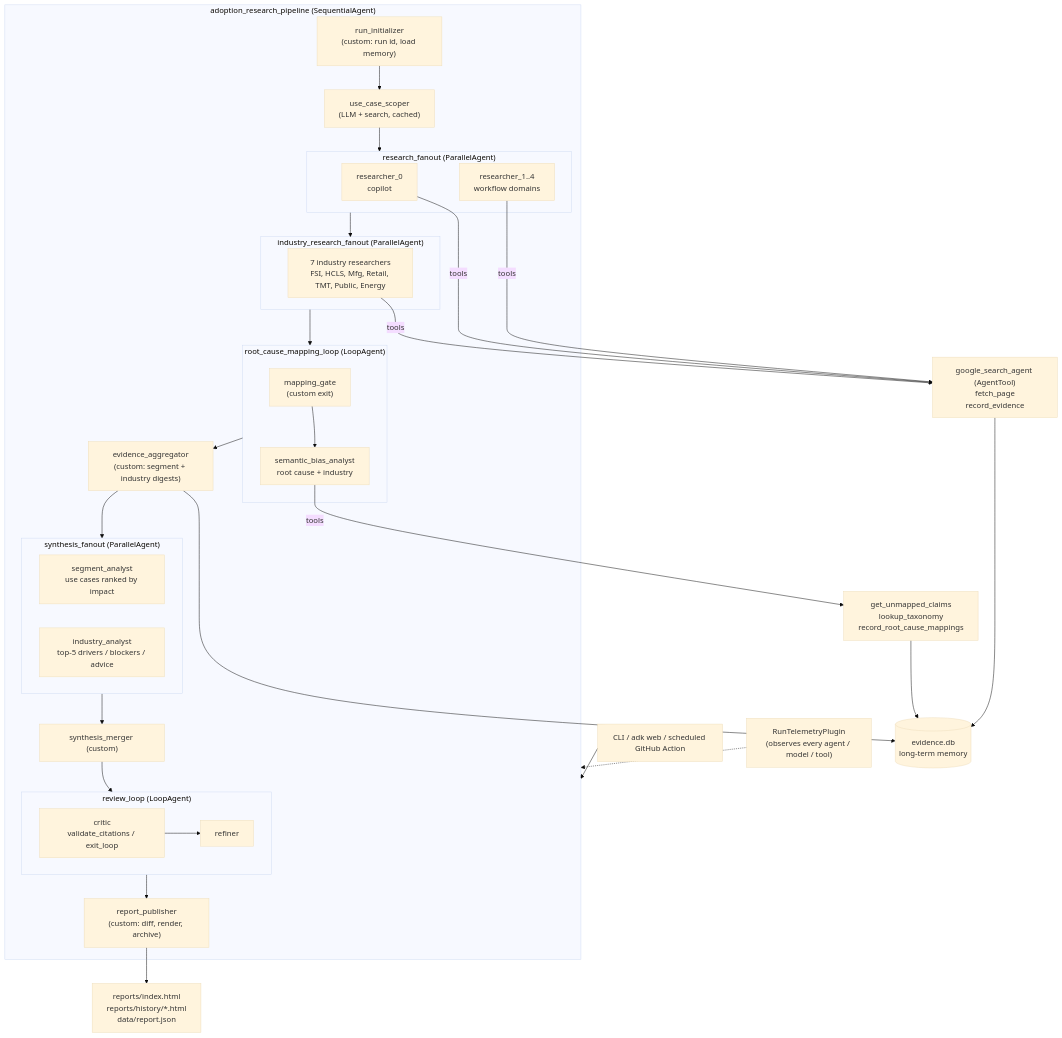
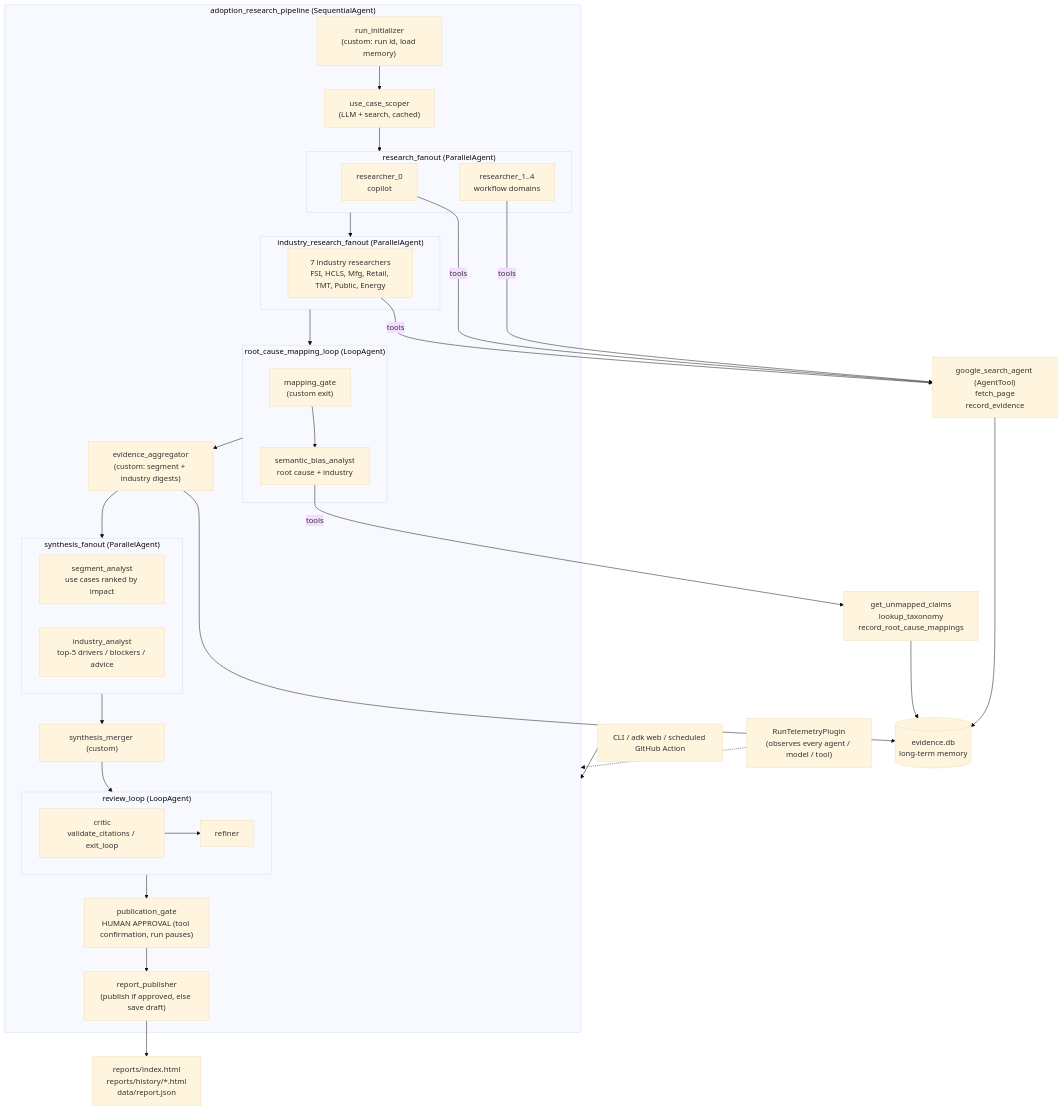
One commit to johnenoch1966/John-Enoch changed the diagram in README.md. Above: the diagram before and after it, drawn with Mermaid (base theme). The commit also changed other lines of this file and 28 other files, not shown here.

First line of the commit message:
feat: human-in-the-loop publication gate; move generated output to research-data branch

````diff
--- a/README.md
+++ b/README.md
@@ -45,36 +48,37 @@
 ```mermaid
 flowchart TD
     U["CLI / adk web / scheduled GitHub Action"] --> ROOT
     subgraph ROOT["adoption_research_pipeline (SequentialAgent)"]
         INIT["run_initializer<br/>(custom: run id, load memory)"]
         SCOPE["use_case_scoper<br/>(LLM + search, cached)"]
         subgraph PAR["research_fanout (ParallelAgent)"]
             R0["researcher_0<br/>copilot"]
             R1["researcher_1..4<br/>workflow domains"]
         end
         subgraph IND["industry_research_fanout (ParallelAgent)"]
             I1["7 industry researchers<br/>FSI, HCLS, Mfg, Retail, TMT, Public, Energy"]
         end
         subgraph MAP["root_cause_mapping_loop (LoopAgent)"]
             GATE["mapping_gate<br/>(custom exit)"] --> BIAS["semantic_bias_analyst<br/>root cause + industry"]
         end
         AGG["evidence_aggregator<br/>(custom: segment + industry digests)"]
         subgraph SYN["synthesis_fanout (ParallelAgent)"]
             SA["segment_analyst<br/>use cases ranked by impact"]
             IA["industry_analyst<br/>top-5 drivers / blockers / advice"]
         end
         MERGE["synthesis_merger (custom)"]
         subgraph REV["review_loop (LoopAgent)"]
             CRIT["critic<br/>validate_citations / exit_loop"] --> REF["refiner"]
         end
-        PUB["report_publisher<br/>(custom: diff, render, archive)"]
-        INIT --> SCOPE --> PAR --> IND --> MAP --> AGG --> SYN --> MERGE --> REV --> PUB
+        GATE2["publication_gate<br/>HUMAN APPROVAL (tool confirmation, run pauses)"]
+        PUB["report_publisher<br/>(publish if approved, else save draft)"]
+        INIT --> SCOPE --> PAR --> IND --> MAP --> AGG --> SYN --> MERGE --> REV --> GATE2 --> PUB
     end
     R0 & R1 & I1 -- tools --> T["google_search_agent (AgentTool)<br/>fetch_page<br/>record_evidence"]
     BIAS -- tools --> T2["get_unmapped_claims<br/>lookup_taxonomy<br/>record_root_cause_mappings"]
     T --> DB[("evidence.db<br/>long-term memory")]
     T2 --> DB
     AGG --> DB
     PUB --> OUT["reports/index.html<br/>reports/history/*.html<br/>data/report.json"]
     PLUG["RunTelemetryPlugin<br/>(observes every agent / model / tool)"] -.-> ROOT
 ```
````
